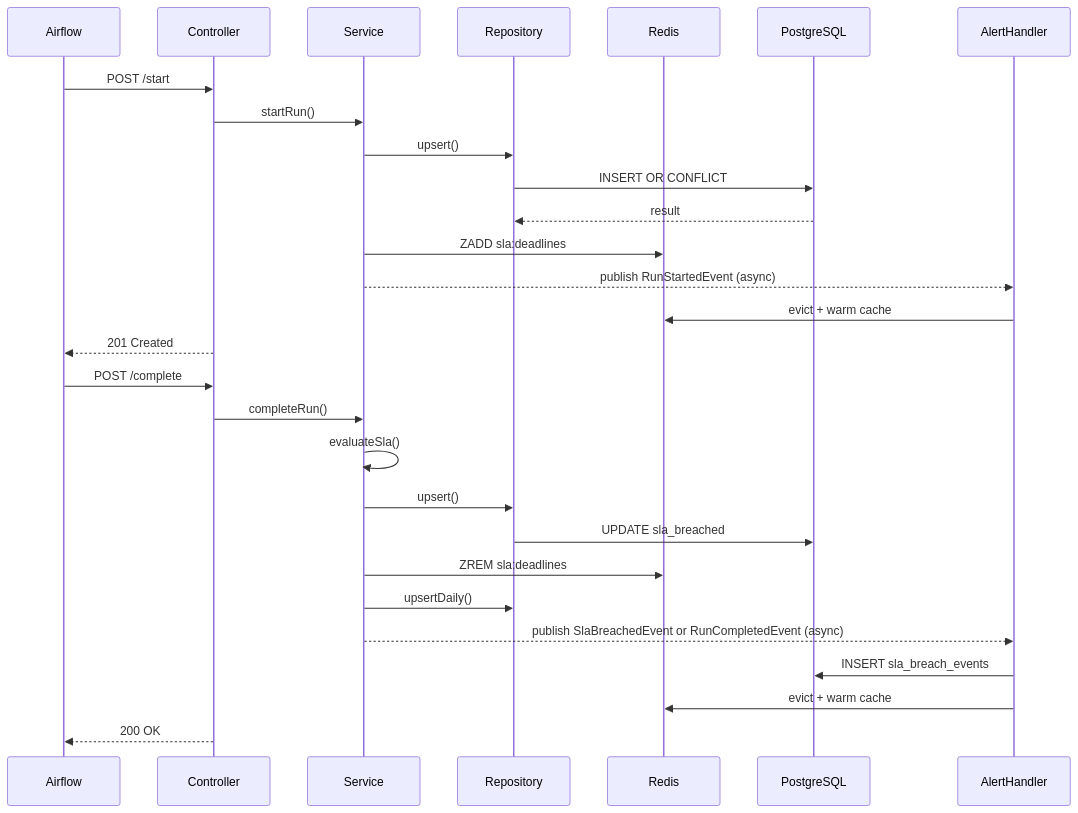
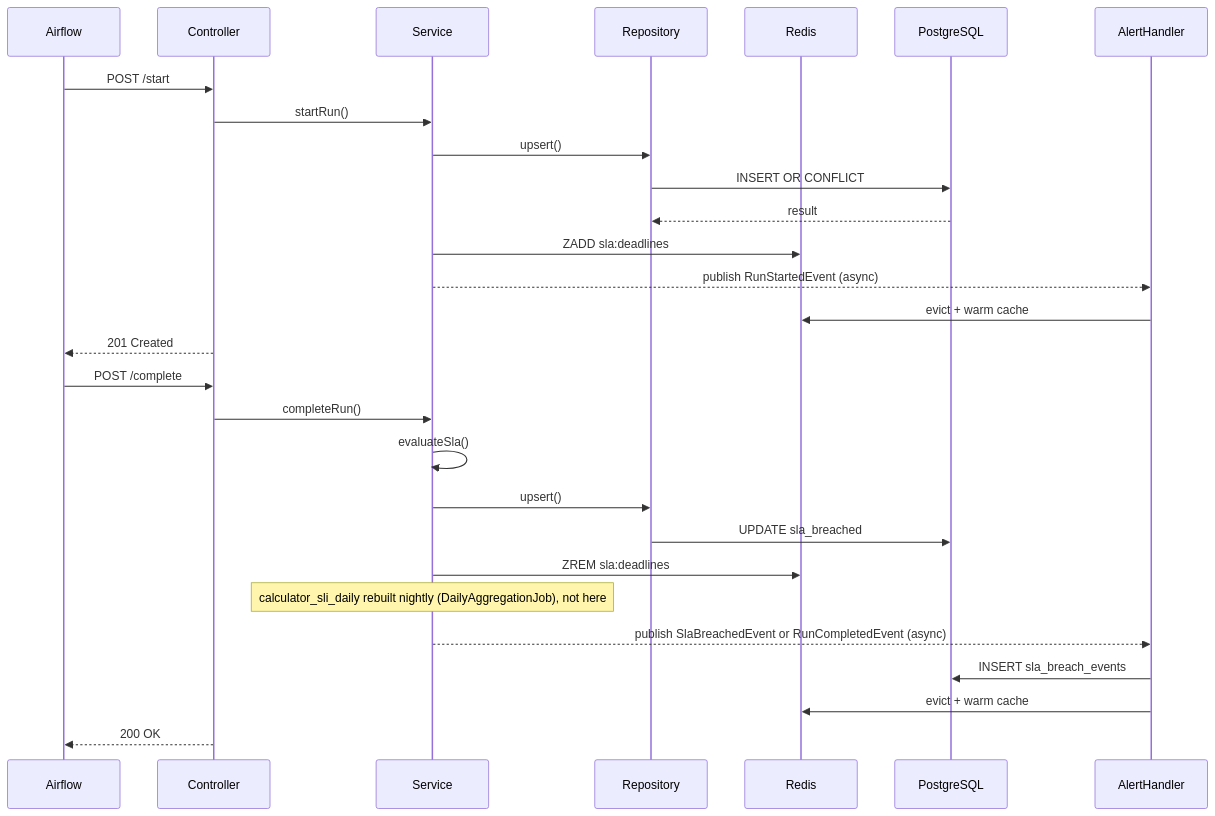
One commit to soopersk/data-service changed the diagram in docs/spec/architecture.md. Above: the diagram before and after it, drawn with Mermaid. The commit also changed 22 other files, not shown here.

````diff
--- a/docs/spec/architecture.md
+++ b/docs/spec/architecture.md
@@ -142,32 +142,32 @@
 ```mermaid
 sequenceDiagram
     participant Airflow
     participant Controller
     participant Service
     participant Repository
     participant Redis
     participant PostgreSQL
     participant AlertHandler
 
     Airflow->>Controller: POST /start
     Controller->>Service: startRun()
     Service->>Repository: upsert()
     Repository->>PostgreSQL: INSERT OR CONFLICT
     PostgreSQL-->>Repository: result
     Service->>Redis: ZADD sla:deadlines
     Service-->>AlertHandler: publish RunStartedEvent (async)
     AlertHandler->>Redis: evict + warm cache
     Controller-->>Airflow: 201 Created
 
     Airflow->>Controller: POST /complete
     Controller->>Service: completeRun()
     Service->>Service: evaluateSla()
     Service->>Repository: upsert()
     Repository->>PostgreSQL: UPDATE sla_breached
     Service->>Redis: ZREM sla:deadlines
-    Service->>Repository: upsertDaily()
+    Note over Service: calculator_sli_daily rebuilt nightly (DailyAggregationJob), not here
     Service-->>AlertHandler: publish SlaBreachedEvent or RunCompletedEvent (async)
     AlertHandler->>PostgreSQL: INSERT sla_breach_events
     AlertHandler->>Redis: evict + warm cache
     Controller-->>Airflow: 200 OK
 ```
````
